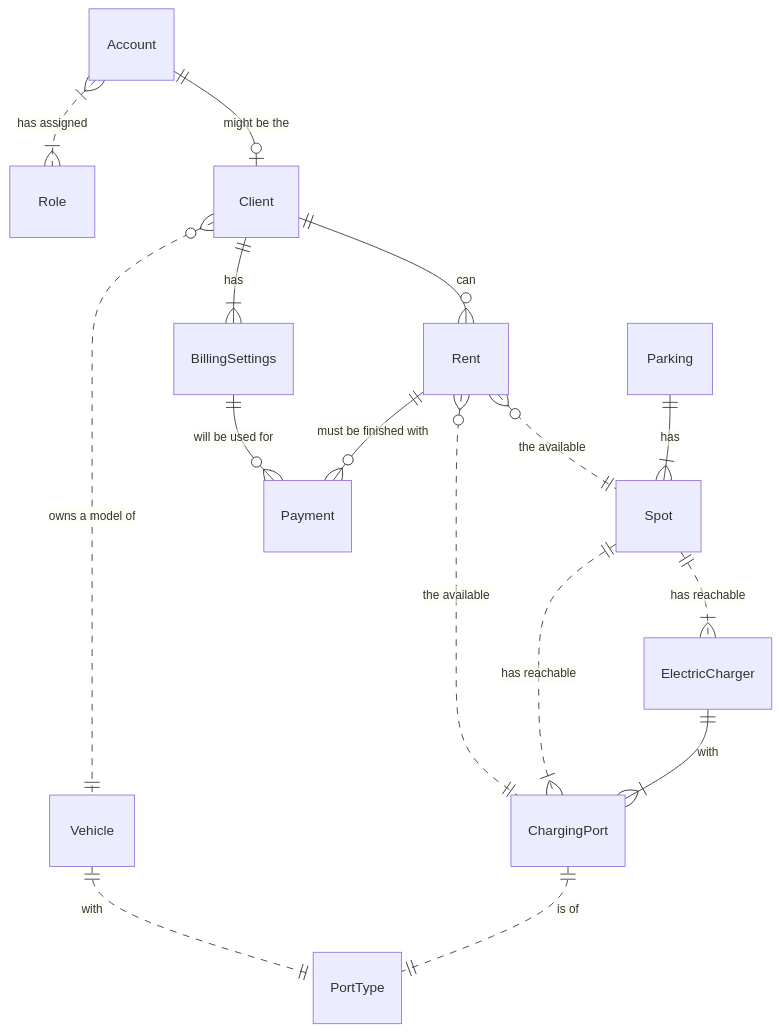
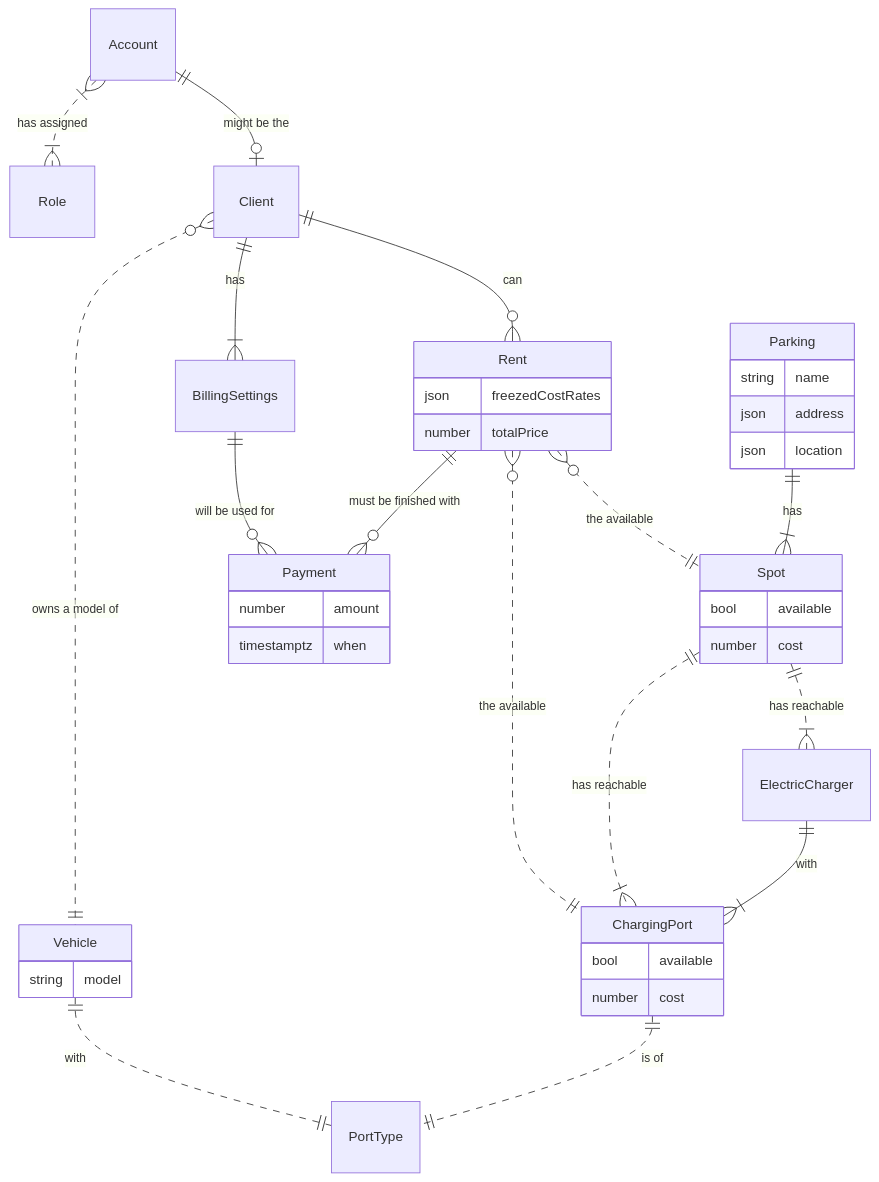
The second of 8 diagrams in JavaScript/d-tasks2-messenger/schemas/README.md (KLarpen/metatech-university-NodeJS2022-homework), drawn with Mermaid before and after one commit. The commit also changed other lines of this file, not shown here.

Commit message:
More Mermaid in GitHub rendering tests based on successful results of the previous

````diff
--- a/JavaScript/d-tasks2-messenger/schemas/README.md
+++ b/JavaScript/d-tasks2-messenger/schemas/README.md
@@ -60,20 +60,45 @@
 ```mermaid
 erDiagram
+  Vehicle {
+    string model
+  }
+  Parking {
+    string name
+    json address
+    json location
+  }
+  Spot {
+    bool available
+    number cost
+  }
+  ChargingPort {
+    bool available
+    number cost
+  }
+  Rent {
+    json freezedCostRates
+    number totalPrice
+  }
+  Payment {
+    number amount
+    timestamptz when
+  }
+
   Account }|..|{ Role : "has assigned"
   Account ||--o| Client : "might be the"
   Client ||--|{ BillingSettings : has
   Client }o..|| Vehicle : "owns a model of"
   Vehicle ||..|| PortType : with
 
   Rent }o..|| Spot : "the available"
   Rent }o..|| ChargingPort : "the available"
   Client ||--o{ Rent : can
   BillingSettings ||--o{ Payment : "will be used for"
   Rent ||--o{ Payment : "must be finished with"
 
   Parking ||--|{ Spot : has
   Spot ||..|{ ElectricCharger : "has reachable"
   Spot ||..|{ ChargingPort : "has reachable"
   ElectricCharger ||--|{ ChargingPort : with
   ChargingPort ||..|| PortType : "is of"
 ```
````
